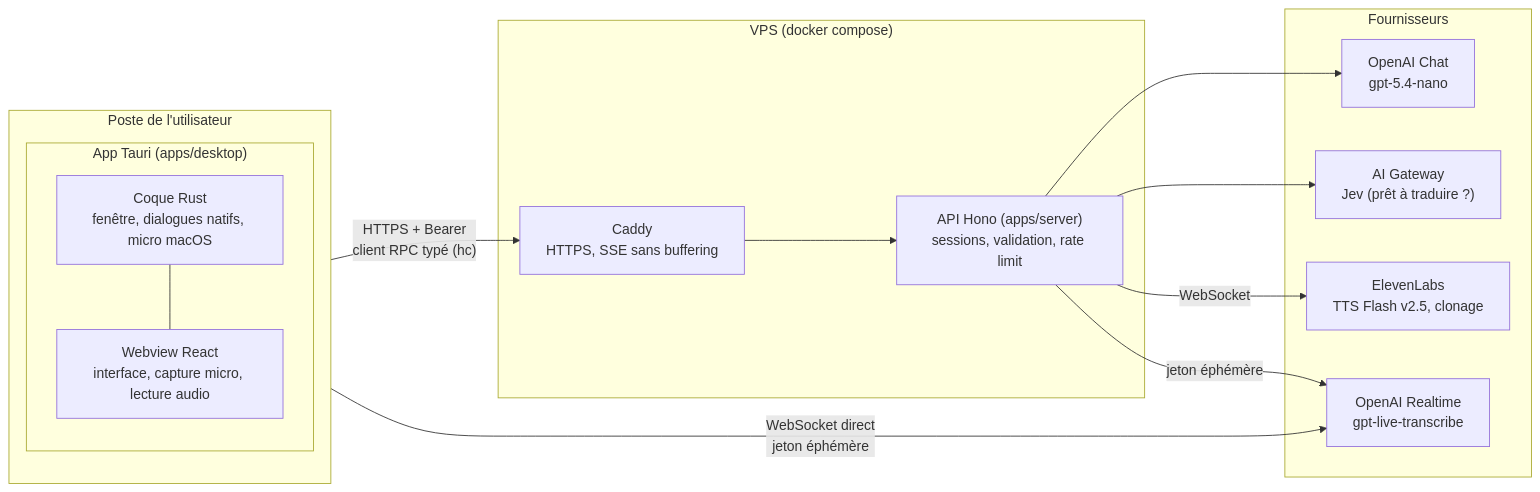
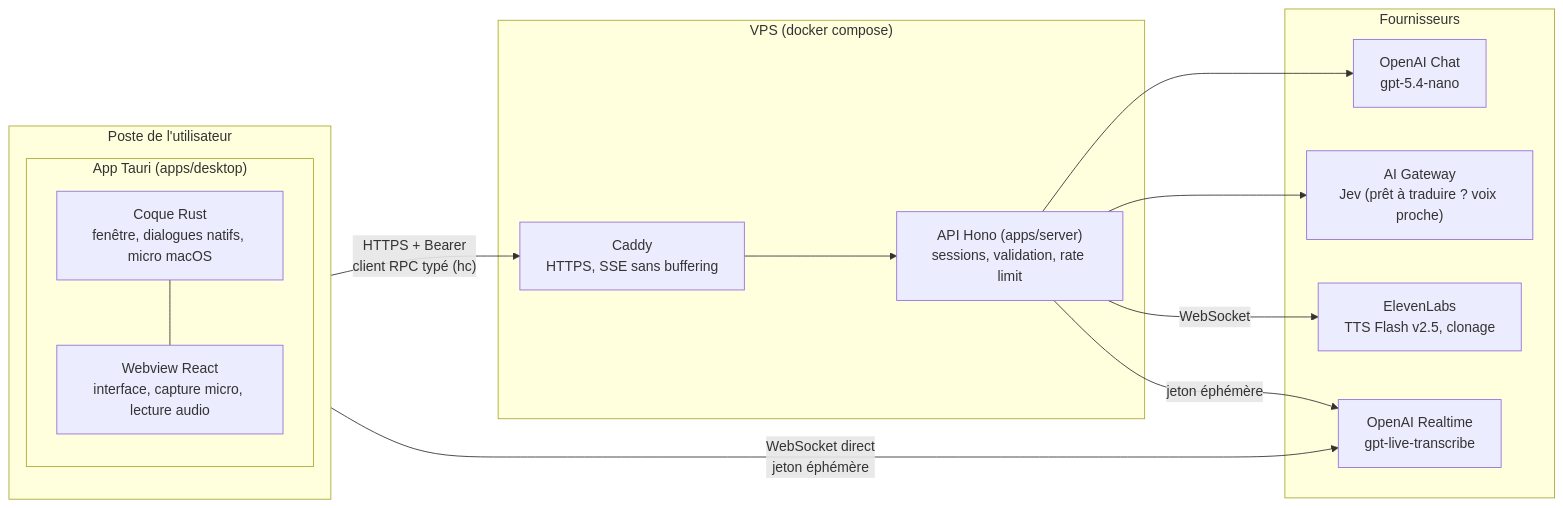
One commit to kevinrss01/interprete-live-v2 changed the first of 6 diagrams in docs/architecture.md. Above: the diagram before and after it, drawn with Mermaid. The commit also changed other lines of this file and 37 other files, not shown here.

````diff
--- a/docs/architecture.md
+++ b/docs/architecture.md
@@ -7,31 +7,31 @@
 ```mermaid
 flowchart LR
   subgraph Poste["Poste de l'utilisateur"]
     direction TB
     subgraph Tauri["App Tauri (apps/desktop)"]
       Shell["Coque Rust<br/>fenêtre, dialogues natifs, micro macOS"]
       UI["Webview React<br/>interface, capture micro, lecture audio"]
       Shell --- UI
     end
   end
 
   subgraph VPS["VPS (docker compose)"]
     Caddy["Caddy<br/>HTTPS, SSE sans buffering"]
     API["API Hono (apps/server)<br/>sessions, validation, rate limit"]
     Caddy --> API
   end
 
   subgraph Fournisseurs["Fournisseurs"]
     RT["OpenAI Realtime<br/>gpt-live-transcribe"]
     LLM["OpenAI Chat<br/>gpt-5.4-nano"]
-    Jev["AI Gateway<br/>Jev (prêt à traduire ?)"]
+    Jev["AI Gateway<br/>Jev (prêt à traduire ? voix proche)"]
     EL["ElevenLabs<br/>TTS Flash v2.5, clonage"]
   end
 
   UI -- "HTTPS + Bearer<br/>client RPC typé (hc)" --> Caddy
   UI -- "WebSocket direct<br/>jeton éphémère" --> RT
   API --> LLM
   API --> Jev
   API -- "WebSocket" --> EL
   API -- "jeton éphémère" --> RT
 ```
````
